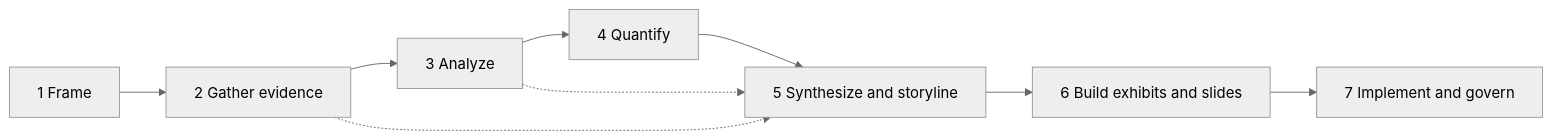
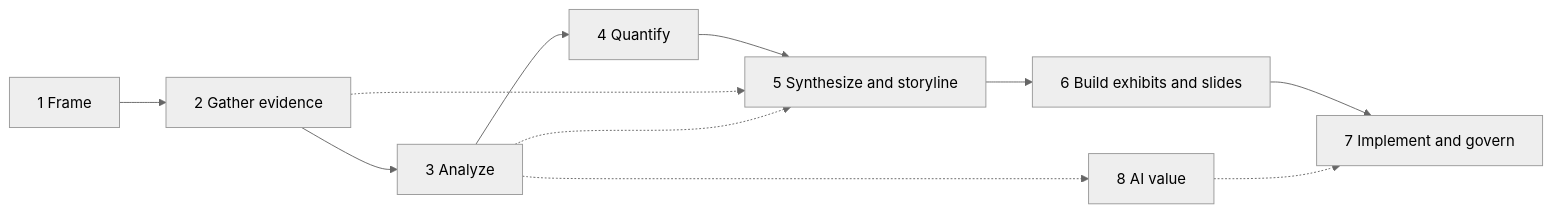
One commit to eai-support/eai-gofer changed the diagram in .specify/references/consulting/README.md. Above: the diagram before and after it, drawn with Mermaid (neutral theme). The commit also changed other lines of this file and 233 other files, not shown here.

````diff
--- a/.specify/references/consulting/README.md
+++ b/.specify/references/consulting/README.md
@@ -39,8 +42,9 @@
 ```mermaid
 flowchart LR
   A[1 Frame] --> B[2 Gather evidence] --> C[3 Analyze]
   C --> D[4 Quantify] --> E[5 Synthesize and storyline]
   E --> F[6 Build exhibits and slides] --> G[7 Implement and govern]
   B -.-> E
   C -.-> E
+  C -.-> H[8 AI value] -.-> G
 ```
````
